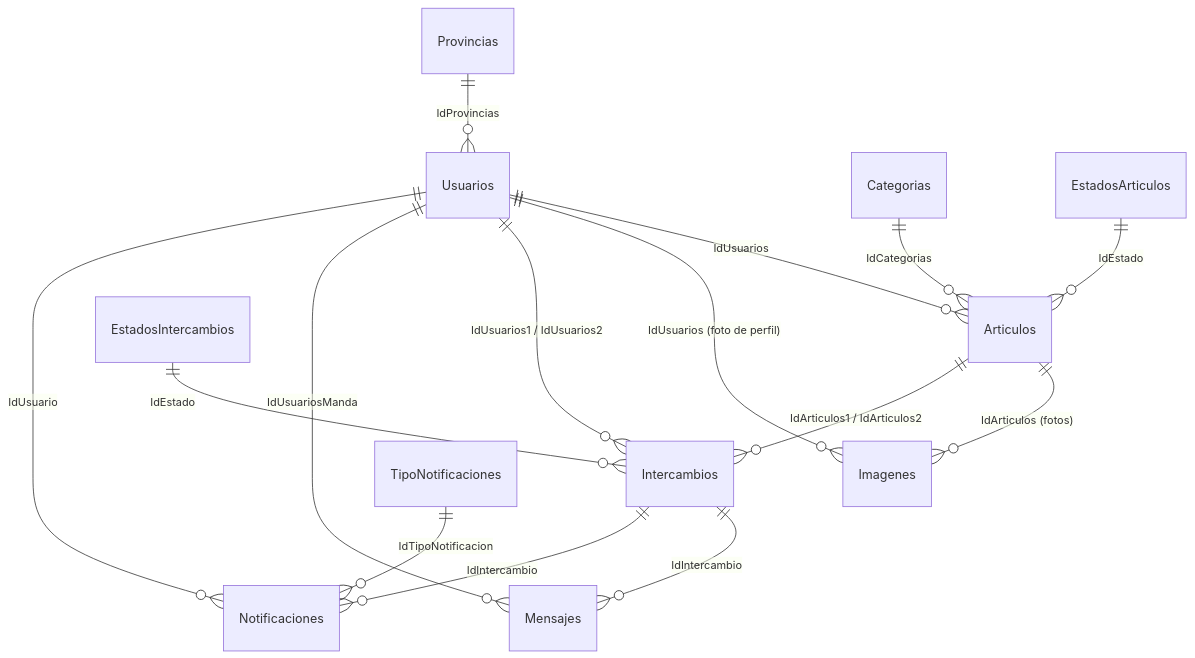
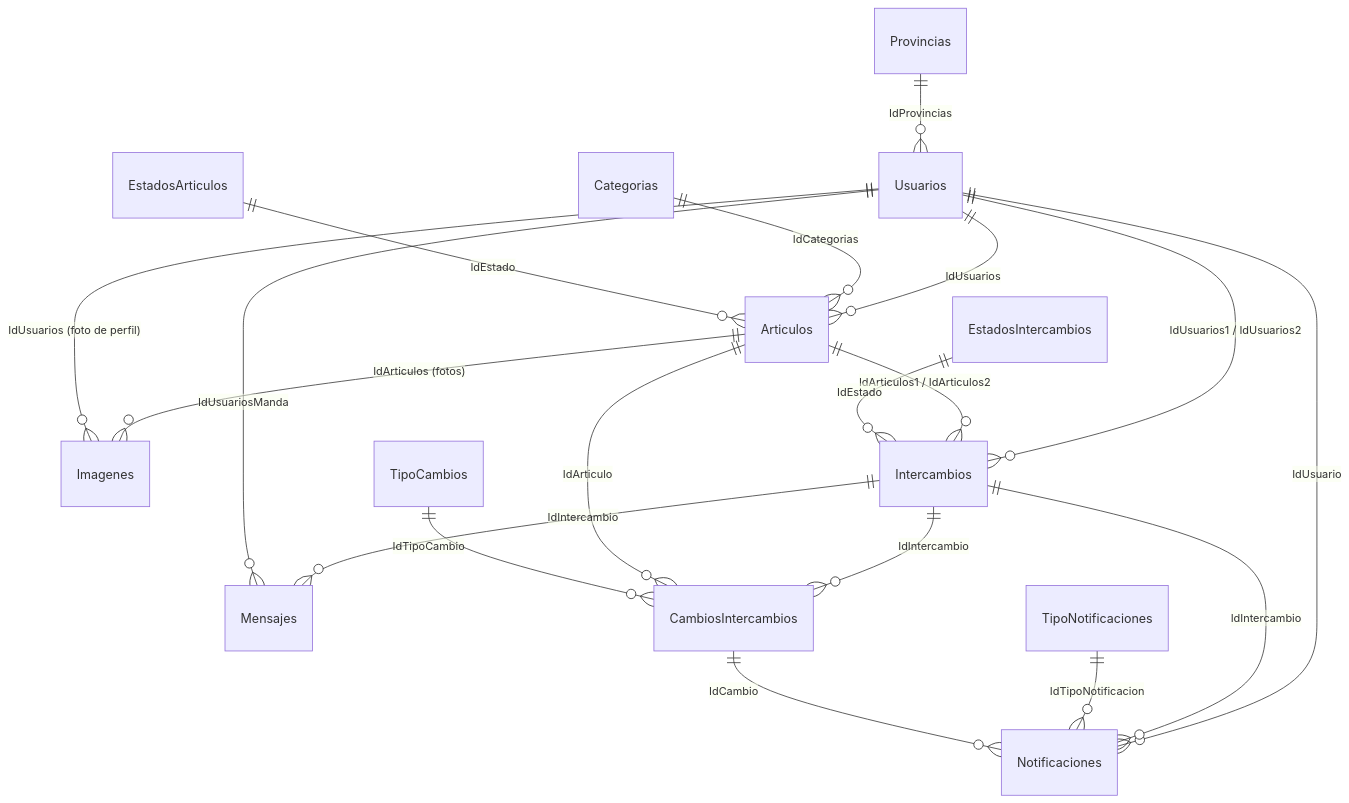
One commit to Rafaodiard/SwappIt changed the diagram in Vault/Base de datos.md. Above: the diagram before and after it, drawn with Mermaid. The commit also changed other lines of this file and 48 other files, not shown here.

````diff
--- a/Vault/Base de datos.md
+++ b/Vault/Base de datos.md
@@ -11,17 +11,21 @@
 ```mermaid
 erDiagram
     Provincias ||--o{ Usuarios : "IdProvincias"
     Usuarios ||--o{ Articulos : "IdUsuarios"
     Categorias ||--o{ Articulos : "IdCategorias"
     EstadosArticulos ||--o{ Articulos : "IdEstado"
     Articulos ||--o{ Imagenes : "IdArticulos (fotos)"
     Usuarios ||--o{ Imagenes : "IdUsuarios (foto de perfil)"
     Usuarios ||--o{ Intercambios : "IdUsuarios1 / IdUsuarios2"
     Articulos ||--o{ Intercambios : "IdArticulos1 / IdArticulos2"
     EstadosIntercambios ||--o{ Intercambios : "IdEstado"
     Intercambios ||--o{ Mensajes : "IdIntercambio"
     Usuarios ||--o{ Mensajes : "IdUsuariosManda"
     Usuarios ||--o{ Notificaciones : "IdUsuario"
     Intercambios ||--o{ Notificaciones : "IdIntercambio"
     TipoNotificaciones ||--o{ Notificaciones : "IdTipoNotificacion"
+    Intercambios ||--o{ CambiosIntercambios : "IdIntercambio"
+    Articulos ||--o{ CambiosIntercambios : "IdArticulo"
+    TipoCambios ||--o{ CambiosIntercambios : "IdTipoCambio"
+    CambiosIntercambios ||--o{ Notificaciones : "IdCambio"
 ```
````
